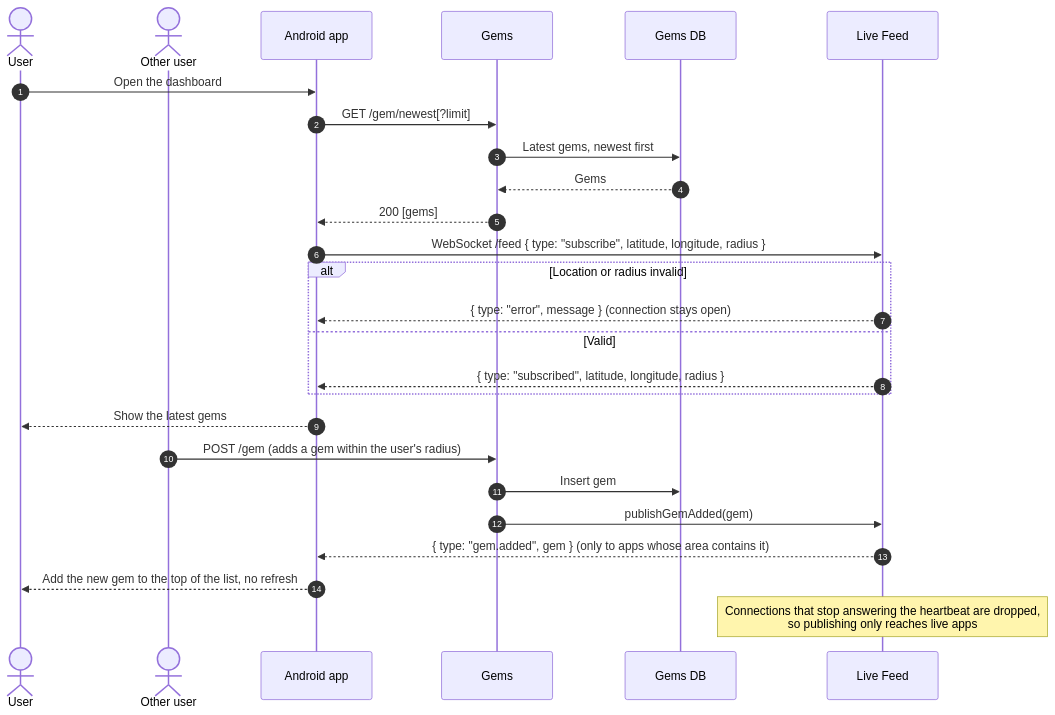
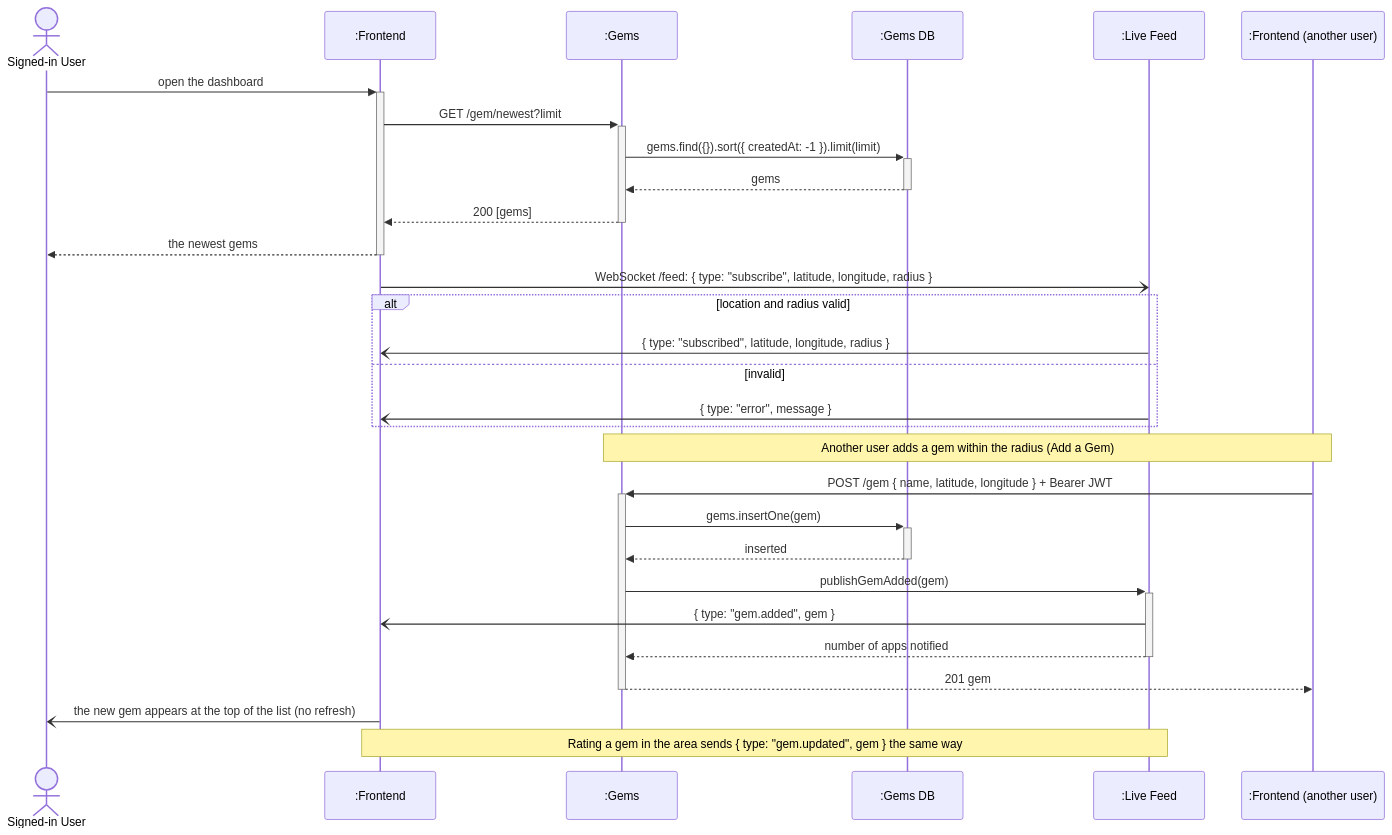
Before and after one commit to ubc-cpen-321-excavator/excavator: the diagram in documentation/diagrams/uc4_view_new_gems_nearby.mmd, drawn with Mermaid. The commit also changed 12 other files, not shown here.

Commit message:
docs: redo dependency and sequence diagrams to course conventions

```diff
--- a/documentation/diagrams/uc4_view_new_gems_nearby.mmd
+++ b/documentation/diagrams/uc4_view_new_gems_nearby.mmd
@@ -1,27 +1,32 @@
 sequenceDiagram
-  autonumber
-  actor U as User
-  actor O as Other user
-  participant App as Android app
-  participant Gems
-  participant GDB as Gems DB
-  participant Feed as Live Feed
+  actor U as Signed-in User
+  participant F as :Frontend
+  participant G as :Gems
+  participant GDB as :Gems DB
+  participant LF as :Live Feed
+  participant OF as :Frontend (another user)
 
-  U->>App: Open the dashboard
-  App->>Gems: GET /gem/newest[?limit]
-  Gems->>GDB: Latest gems, newest first
-  GDB-->>Gems: Gems
-  Gems-->>App: 200 [gems]
-  App->>Feed: WebSocket /feed { type: "subscribe", latitude, longitude, radius }
-  alt Location or radius invalid
-    Feed-->>App: { type: "error", message } (connection stays open)
-  else Valid
-    Feed-->>App: { type: "subscribed", latitude, longitude, radius }
+  U->>+F: open the dashboard
+  F->>+G: GET /gem/newest?limit
+  G->>+GDB: gems.find({}).sort({ createdAt: -1 }).limit(limit)
+  GDB-->>-G: gems
+  G-->>-F: 200 [gems]
+  F-->>-U: the newest gems
+
+  F-)LF: WebSocket /feed: { type: "subscribe", latitude, longitude, radius }
+  alt location and radius valid
+    LF-)F: { type: "subscribed", latitude, longitude, radius }
+  else invalid
+    LF-)F: { type: "error", message }
   end
-  App-->>U: Show the latest gems
-  O->>Gems: POST /gem (adds a gem within the user's radius)
-  Gems->>GDB: Insert gem
-  Gems->>Feed: publishGemAdded(gem)
-  Feed-->>App: { type: "gem.added", gem } (only to apps whose area contains it)
-  App-->>U: Add the new gem to the top of the list, no refresh
-  Note over Feed: Connections that stop answering the heartbeat are dropped,<br/>so publishing only reaches live apps
+
+  Note over OF,G: Another user adds a gem within the radius (Add a Gem)
+  OF->>+G: POST /gem { name, latitude, longitude } + Bearer JWT
+  G->>+GDB: gems.insertOne(gem)
+  GDB-->>-G: inserted
+  G->>+LF: publishGemAdded(gem)
+  LF-)F: { type: "gem.added", gem }
+  LF-->>-G: number of apps notified
+  G-->>-OF: 201 gem
+  F-)U: the new gem appears at the top of the list (no refresh)
+  Note over F,LF: Rating a gem in the area sends { type: "gem.updated", gem } the same way
```
